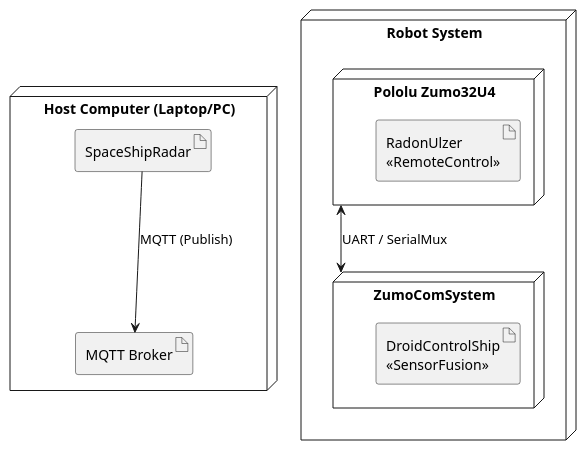
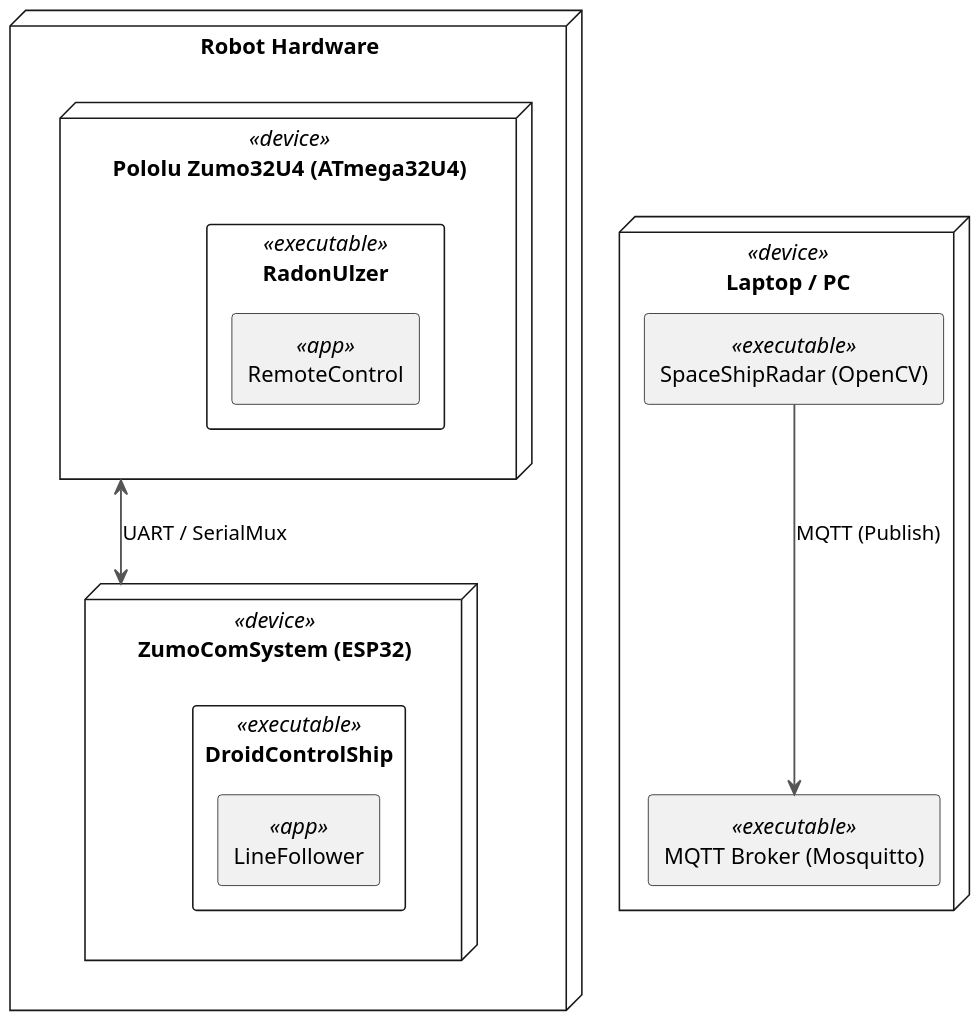
The diagram in doc/SensorFusion/architecture/DeploymentDiagram_RealWorld_current.puml (BlueAndi/DroidControlShip), drawn with PlantUML before and after one commit. The commit also changed 3 other files, not shown here.

Commit message:
Deployment Diagram for RealWorld and Simulation (Webots)

```diff
--- a/doc/SensorFusion/architecture/DeploymentDiagram_RealWorld_current.puml
+++ b/doc/SensorFusion/architecture/DeploymentDiagram_RealWorld_current.puml
@@ -1,20 +1,36 @@
-@startuml DeploymentDiagram
+@startuml ZumoReal_MQTT
+skinparam dpi 150
+skinparam componentStyle rectangle
+skinparam ArrowColor #555
+skinparam ArrowThickness 1.2
+skinparam defaultFontName Helvetica
 
-node "Host Computer (Laptop/PC)" as HOST {
-  artifact "SpaceShipRadar" as SSR
-  artifact "MQTT Broker" as BROKER
+
+
+node "Robot Hardware" {
+node "ZumoComSystem (ESP32)" <<device>> as ZCS {
+    component "DroidControlShip" <<executable>> as DCS {
+    component "LineFollower" <<app>> as LineFollowerApp
+    }
 }
 
-node "Robot System" as ROBOT {
-  node "ZumoComSystem" as ZCS {
-    artifact "DroidControlShip\n<<SensorFusion>>" as DCS
-  }
-  node "Pololu Zumo32U4" as ZUMO {
-    artifact "RadonUlzer\n<<RemoteControl>>" as RU
-  }
+node "Pololu Zumo32U4 (ATmega32U4)" <<device>> as ZUMO {
+    component "RadonUlzer" <<executable>> as RadonUlzer {
+    component "RemoteControl" <<app>> as RemoteControlApp
+    }
+}
 }
 
+node "Laptop / PC" <<device>> as HOST {
+    component "MQTT Broker (Mosquitto)" <<executable>> as BROKER
+    component "SpaceShipRadar (OpenCV)" <<executable>> as SSR
+}
+
+
+' ==== Datenverbindungen ====
+ZUMO <--> ZCS : UART / SerialMux
 SSR --> BROKER : MQTT (Publish)
-ZUMO  <--> ZCS         : UART / SerialMux
+
+
 
 @enduml
```
